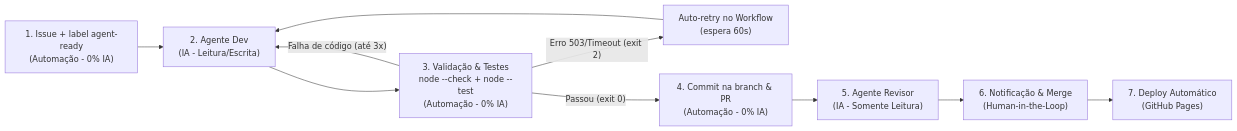
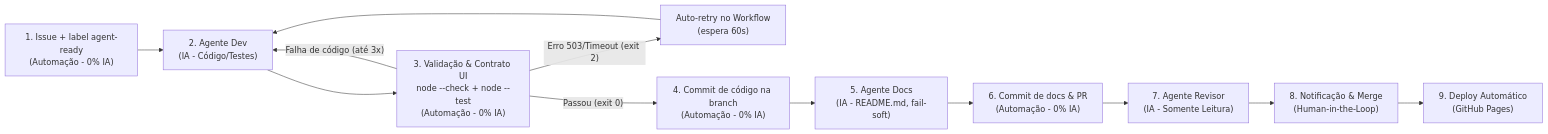
The diagram in README.md (VitorAlvs/calculadora-web-agent), drawn with Mermaid before and after one commit. The commit also changed other lines of this file, not shown here.

Commit message:
feat(agent): add fail-soft Docs Agent, README review audit, UI contract test, and updated docs

````diff
--- a/README.md
+++ b/README.md
@@ -23,12 +24,14 @@
 ```mermaid
 flowchart LR
-    A["1. Issue + label agent-ready<br/>(Automação - 0% IA)"] --> B["2. Agente Dev<br/>(IA - Leitura/Escrita)"]
-    B --> C["3. Validação & Testes<br/>node --check + node --test<br/>(Automação - 0% IA)"]
+    A["1. Issue + label agent-ready<br/>(Automação - 0% IA)"] --> B["2. Agente Dev<br/>(IA - Código/Testes)"]
+    B --> C["3. Validação & Contrato UI<br/>node --check + node --test<br/>(Automação - 0% IA)"]
     C -- "Falha de código (até 3x)" --> B
     C -- "Erro 503/Timeout (exit 2)" --> R["Auto-retry no Workflow<br/>(espera 60s)"]
     R --> B
-    C -- "Passou (exit 0)" --> D["4. Commit na branch & PR<br/>(Automação - 0% IA)"]
-    D --> E["5. Agente Revisor<br/>(IA - Somente Leitura)"]
-    E --> F["6. Notificação & Merge<br/>(Human-in-the-Loop)"]
-    F --> G["7. Deploy Automático<br/>(GitHub Pages)"]
+    C -- "Passou (exit 0)" --> D["4. Commit de código na branch<br/>(Automação - 0% IA)"]
+    D --> E["5. Agente Docs<br/>(IA - README.md, fail-soft)"]
+    E --> F["6. Commit de docs & PR<br/>(Automação - 0% IA)"]
+    F --> G["7. Agente Revisor<br/>(IA - Somente Leitura)"]
+    G --> H["8. Notificação & Merge<br/>(Human-in-the-Loop)"]
+    H --> I["9. Deploy Automático<br/>(GitHub Pages)"]
 ```
````
